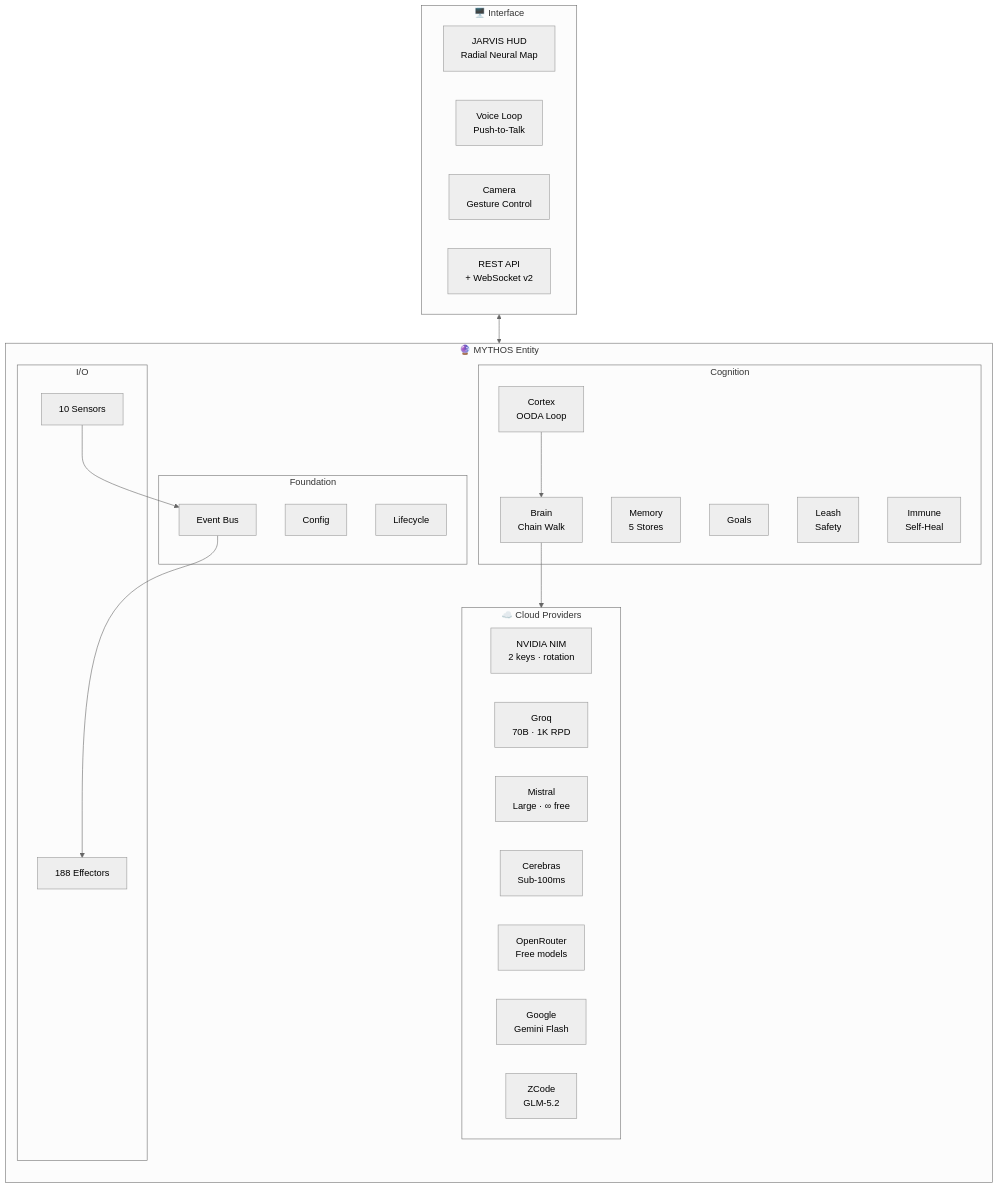
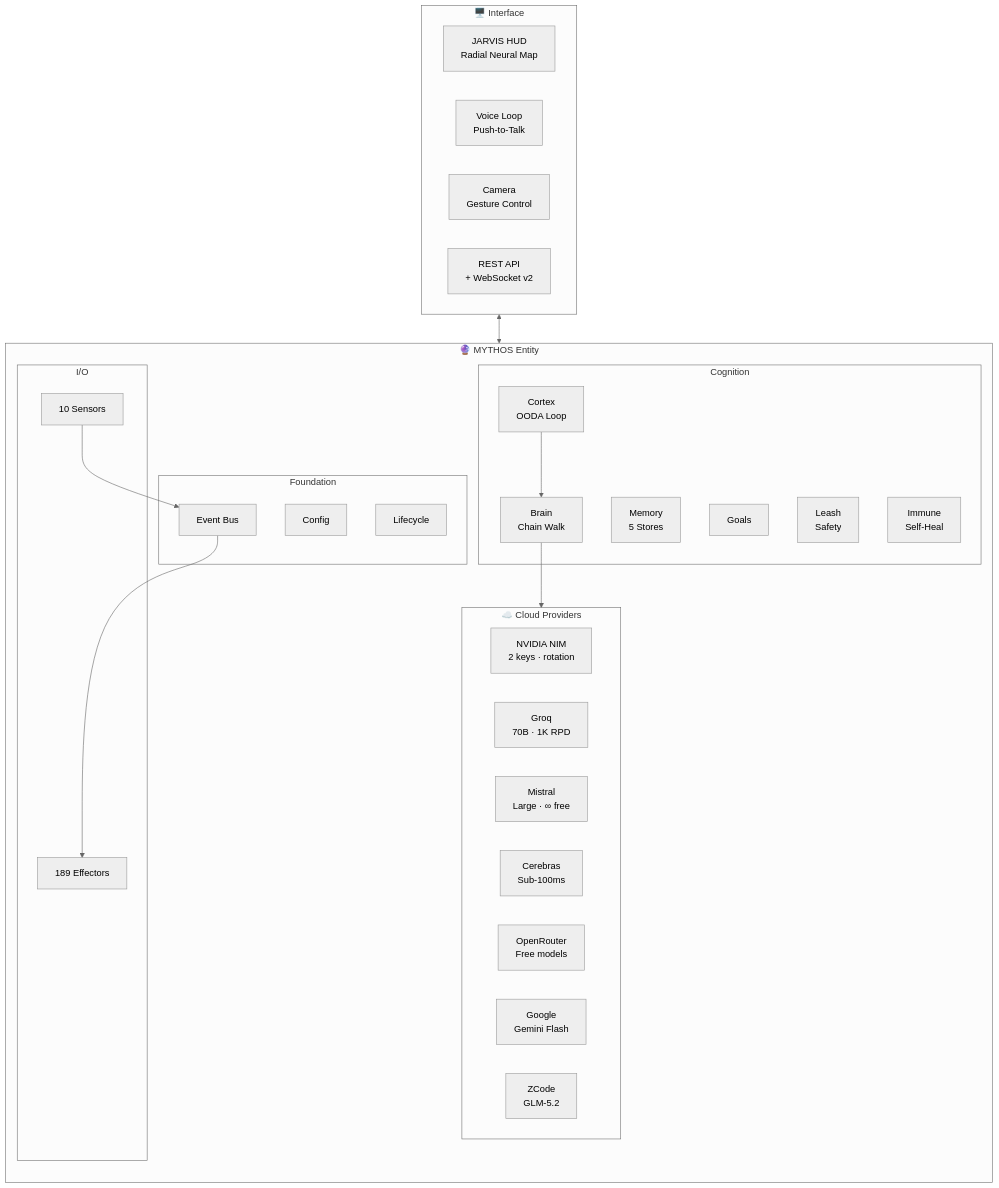
The first of 11 diagrams in README.md (HailLucifer666/Agent_OS), drawn with Mermaid (neutral theme) before and after one commit. The commit also changed other lines of this file and 16 other files, not shown here.

````diff
--- a/README.md
+++ b/README.md
@@ -48,45 +48,45 @@
 ```mermaid
 flowchart TB
     subgraph Cloud["☁️ Cloud Providers"]
         direction LR
         NIM["NVIDIA NIM<br/>2 keys · rotation"]
         GQ["Groq<br/>70B · 1K RPD"]
         MI["Mistral<br/>Large · ∞ free"]
         CE["Cerebras<br/>Sub-100ms"]
         OR["OpenRouter<br/>Free models"]
         GOOG["Google<br/>Gemini Flash"]
         ZC["ZCode<br/>GLM-5.2"]
     end
 
     subgraph MYTHOS["🔮 MYTHOS Entity"]
         direction TB
         subgraph Foundation["Foundation"]
             CFG["Config"]
             BUS["Event Bus"]
             LIFE["Lifecycle"]
         end
         subgraph Cognition["Cognition"]
             CORT["Cortex<br/>OODA Loop"]
             BRN["Brain<br/>Chain Walk"]
             MEM["Memory<br/>5 Stores"]
             GOAL["Goals"]
             LEASH["Leash<br/>Safety"]
             IMM["Immune<br/>Self-Heal"]
         end
         subgraph IOLayer["I/O"]
             SENS["10 Sensors"]
-            EFF["188 Effectors"]
+            EFF["189 Effectors"]
         end
         CORT --> BRN --> Cloud
         SENS --> BUS --> EFF
     end
 
     subgraph Interface["🖥️ Interface"]
         HUD["JARVIS HUD<br/>Radial Neural Map"]
         VOICE["Voice Loop<br/>Push-to-Talk"]
         CAM["Camera<br/>Gesture Control"]
         API["REST API<br/>+ WebSocket v2"]
     end
 
     Interface <--> MYTHOS
 ```
````
